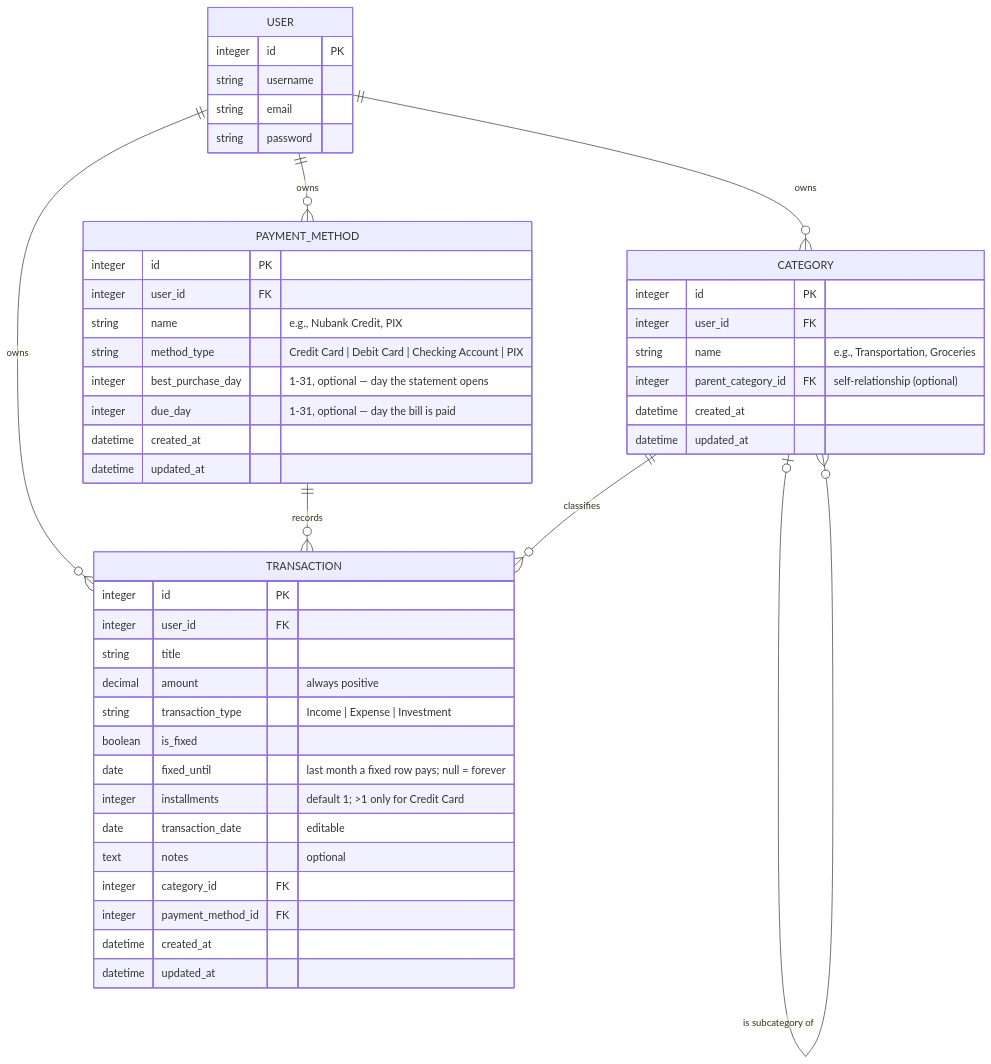
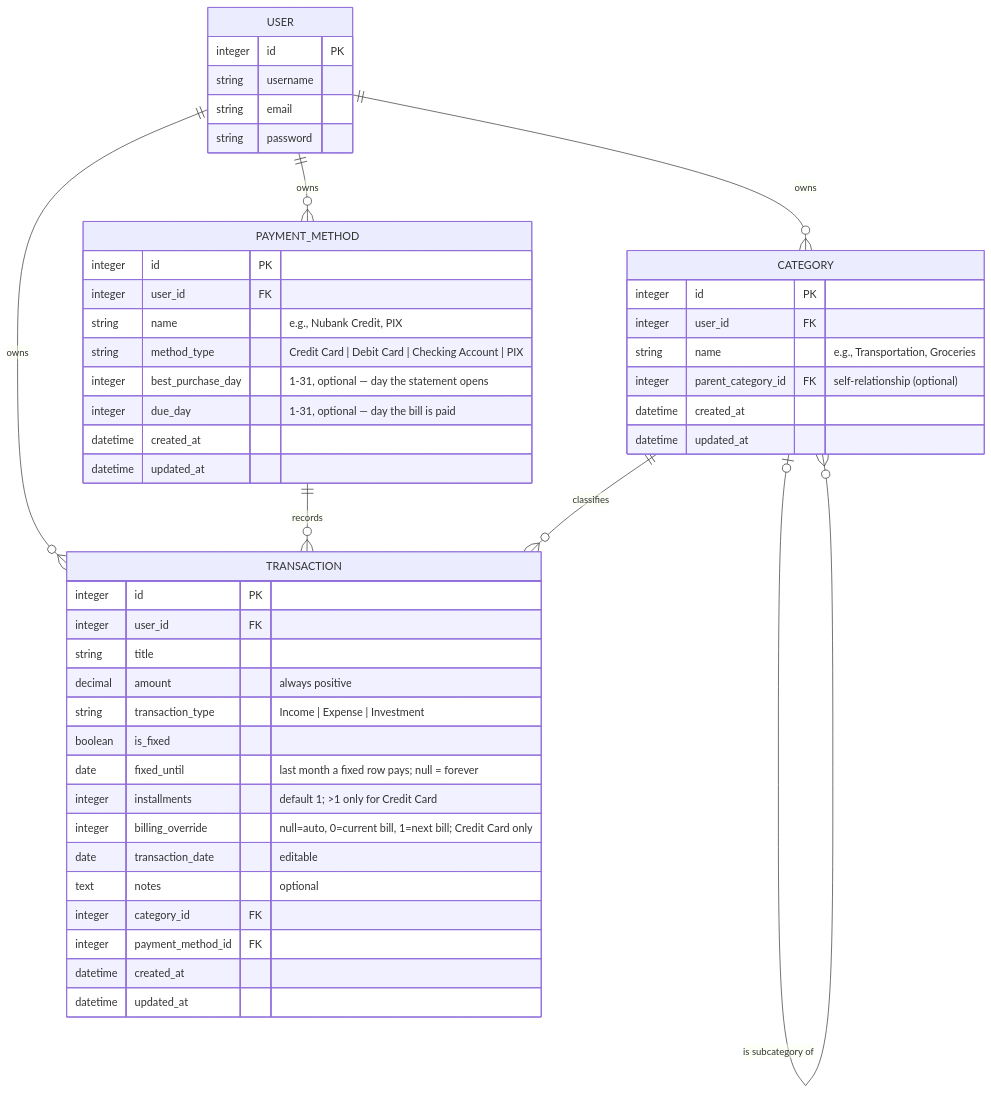
Before and after one commit to HenriqueMayer/TuxedoFinance: the second of 2 diagrams in ProductRequirementsDocument.md, drawn with Mermaid. The commit also changed other lines of this file and 45 other files, not shown here.

````diff
--- a/ProductRequirementsDocument.md
+++ b/ProductRequirementsDocument.md
@@ -197,53 +200,54 @@
 ```mermaid
 erDiagram
     USER ||--o{ TRANSACTION : "owns"
     USER ||--o{ CATEGORY : "owns"
     USER ||--o{ PAYMENT_METHOD : "owns"
     PAYMENT_METHOD ||--o{ TRANSACTION : "records"
     CATEGORY ||--o{ TRANSACTION : "classifies"
     CATEGORY |o--o{ CATEGORY : "is subcategory of"
 
     USER {
         integer id PK
         string username
         string email
         string password
     }
 
     TRANSACTION {
         integer id PK
         integer user_id FK
         string title
         decimal amount "always positive"
         string transaction_type "Income | Expense | Investment"
         boolean is_fixed
         date fixed_until "last month a fixed row pays; null = forever"
         integer installments "default 1; >1 only for Credit Card"
+        integer billing_override "null=auto, 0=current bill, 1=next bill; Credit Card only"
         date transaction_date "editable"
         text notes "optional"
         integer category_id FK
         integer payment_method_id FK
         datetime created_at
         datetime updated_at
     }
 
     PAYMENT_METHOD {
         integer id PK
         integer user_id FK
         string name "e.g., Nubank Credit, PIX"
         string method_type "Credit Card | Debit Card | Checking Account | PIX"
         integer best_purchase_day "1-31, optional — day the statement opens"
         integer due_day "1-31, optional — day the bill is paid"
         datetime created_at
         datetime updated_at
     }
 
     CATEGORY {
         integer id PK
         integer user_id FK
         string name "e.g., Transportation, Groceries"
         integer parent_category_id FK "self-relationship (optional)"
         datetime created_at
         datetime updated_at
     }
 ```
````
